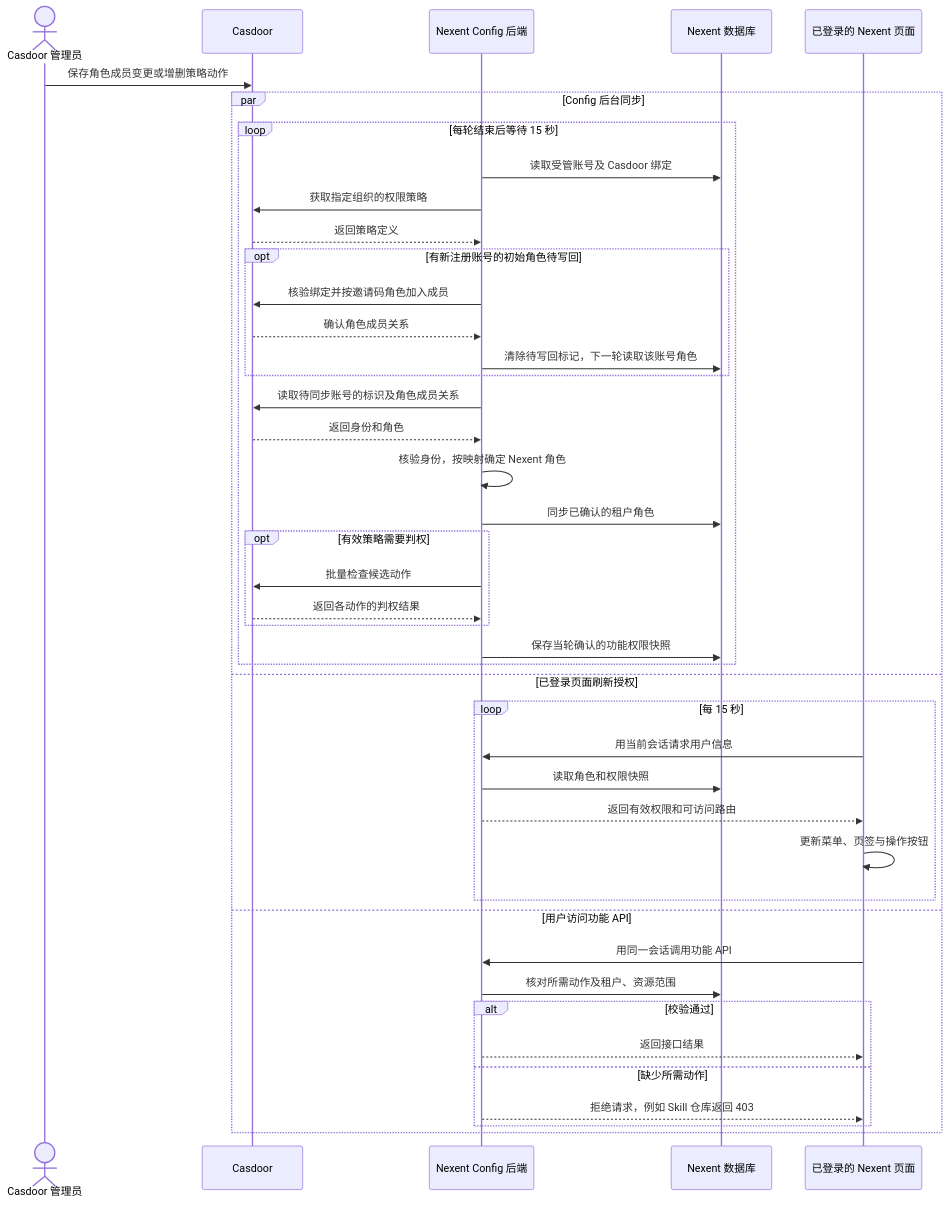
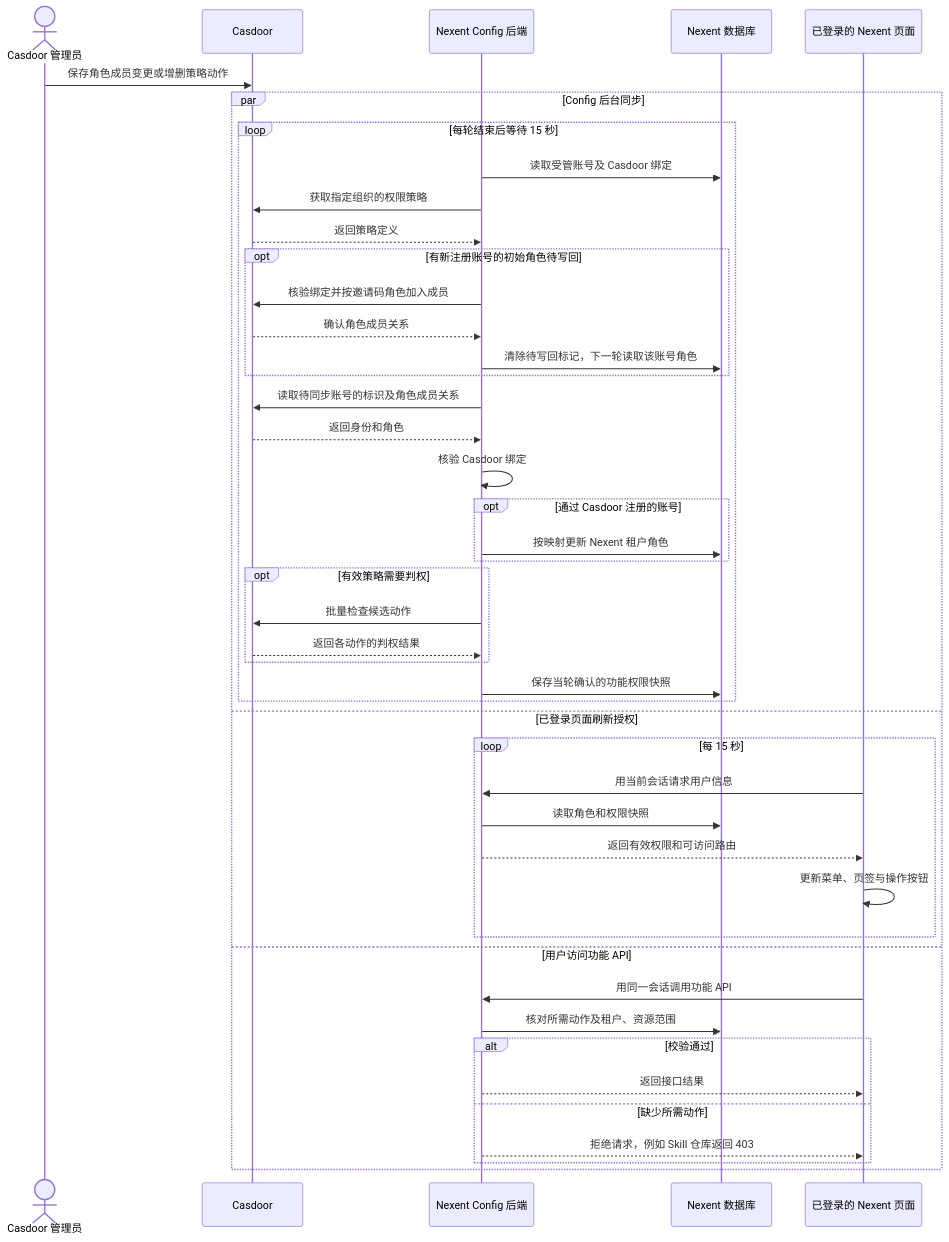
One commit to ModelEngine-Group/nexent changed the second of 3 diagrams in docs/casdoor-login.md. Above: the diagram before and after it, drawn with Mermaid. The commit also changed other lines of this file and 64 other files, not shown here.

````diff
--- a/docs/casdoor-login.md
+++ b/docs/casdoor-login.md
@@ -255,46 +299,48 @@
 ```mermaid
 sequenceDiagram
     actor Admin as Casdoor 管理员
     participant Door as Casdoor
     participant Config as Nexent Config 后端
     participant DB as Nexent 数据库
     participant Web as 已登录的 Nexent 页面
 
     Admin->>Door: 保存角色成员变更或增删策略动作
     par Config 后台同步
         loop 每轮结束后等待 15 秒
             Config->>DB: 读取受管账号及 Casdoor 绑定
             Config->>Door: 获取指定组织的权限策略
             Door-->>Config: 返回策略定义
             opt 有新注册账号的初始角色待写回
                 Config->>Door: 核验绑定并按邀请码角色加入成员
                 Door-->>Config: 确认角色成员关系
                 Config->>DB: 清除待写回标记，下一轮读取该账号角色
             end
             Config->>Door: 读取待同步账号的标识及角色成员关系
             Door-->>Config: 返回身份和角色
-            Config->>Config: 核验身份，按映射确定 Nexent 角色
-            Config->>DB: 同步已确认的租户角色
+            Config->>Config: 核验 Casdoor 绑定
+            opt 通过 Casdoor 注册的账号
+                Config->>DB: 按映射更新 Nexent 租户角色
+            end
             opt 有效策略需要判权
                 Config->>Door: 批量检查候选动作
                 Door-->>Config: 返回各动作的判权结果
             end
             Config->>DB: 保存当轮确认的功能权限快照
         end
     and 已登录页面刷新授权
         loop 每 15 秒
             Web->>Config: 用当前会话请求用户信息
             Config->>DB: 读取角色和权限快照
             Config-->>Web: 返回有效权限和可访问路由
             Web->>Web: 更新菜单、页签与操作按钮
         end
     and 用户访问功能 API
         Web->>Config: 用同一会话调用功能 API
         Config->>DB: 核对所需动作及租户、资源范围
         alt 校验通过
             Config-->>Web: 返回接口结果
         else 缺少所需动作
             Config-->>Web: 拒绝请求，例如 Skill 仓库返回 403
         end
     end
 ```
````
